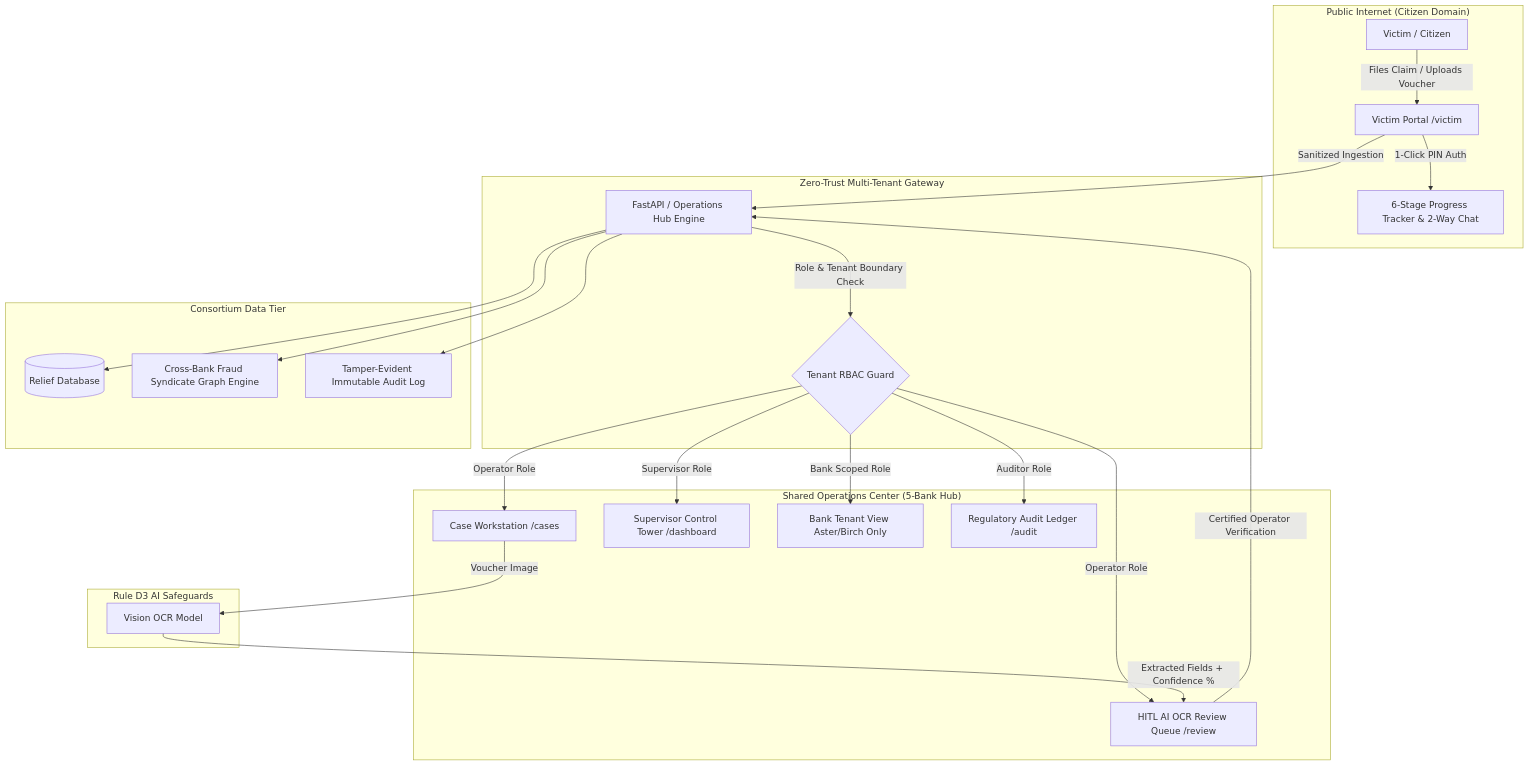
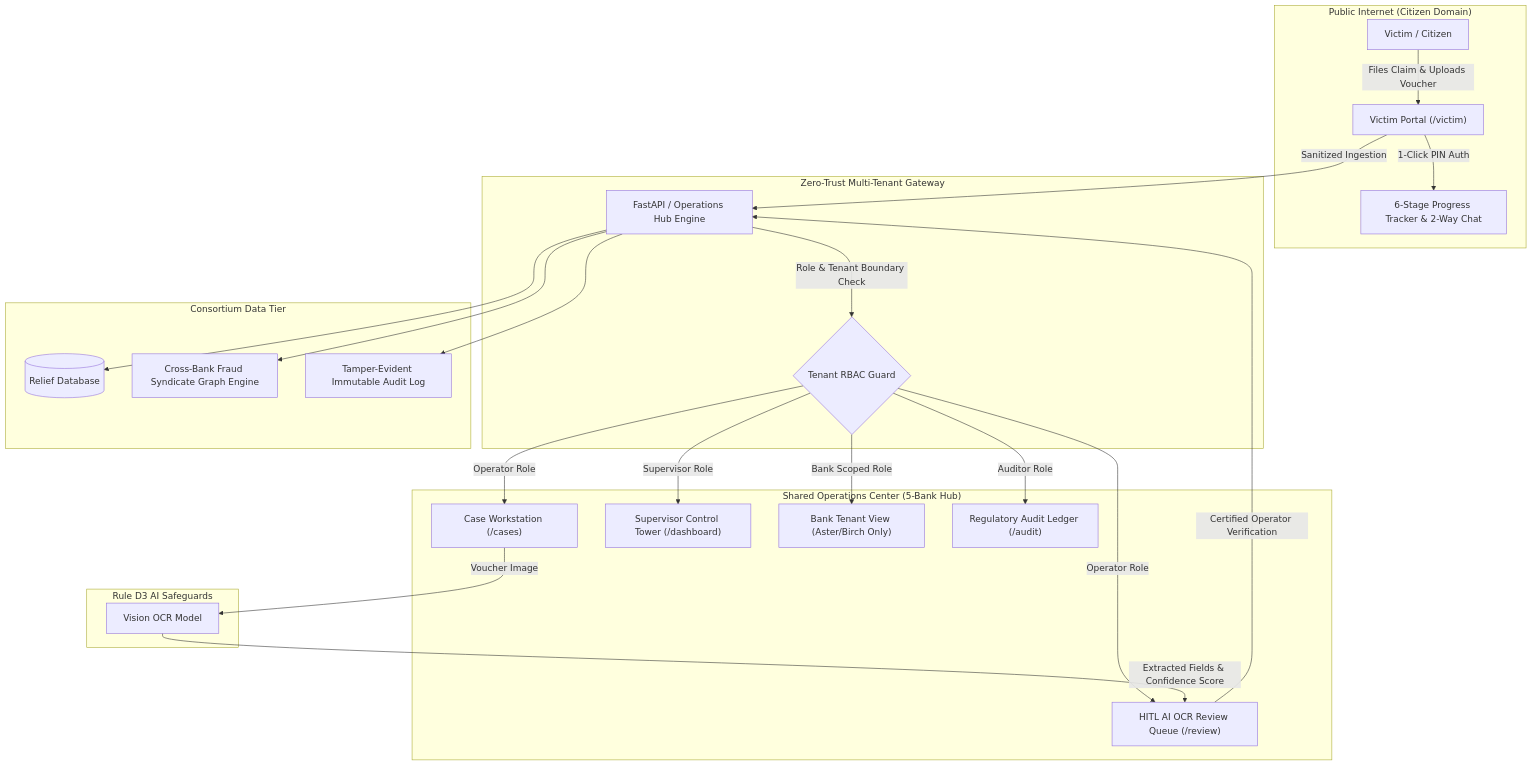
One commit to minuwu/ReliefOps changed the first of 7 diagrams in frontend/walkthrough/README.md. Above: the diagram before and after it, drawn with Mermaid. The commit also changed other lines of this file and 8 other files, not shown here.

Commit message:
fix(docs): sanitize mermaid diagrams for github rendering and remove release workflow

````diff
--- a/frontend/walkthrough/README.md
+++ b/frontend/walkthrough/README.md
@@ -61,32 +60,32 @@
 ```mermaid
 flowchart TD
     subgraph Citizens["Public Internet (Citizen Domain)"]
-        V[Victim / Citizen] -->|Files Claim / Uploads Voucher| VP[Victim Portal /victim]
-        VP -->|1-Click PIN Auth| VT[6-Stage Progress Tracker & 2-Way Chat]
+        V["Victim / Citizen"] -->|"Files Claim & Uploads Voucher"| VP["Victim Portal (/victim)"]
+        VP -->|"1-Click PIN Auth"| VT["6-Stage Progress Tracker & 2-Way Chat"]
     end
 
     subgraph Gateway["Zero-Trust Multi-Tenant Gateway"]
-        VP -->|Sanitized Ingestion| API[FastAPI / Operations Hub Engine]
-        API -->|Role & Tenant Boundary Check| RBAC{Tenant RBAC Guard}
+        VP -->|"Sanitized Ingestion"| API["FastAPI / Operations Hub Engine"]
+        API -->|"Role & Tenant Boundary Check"| RBAC{"Tenant RBAC Guard"}
     end
 
     subgraph InternalOps["Shared Operations Center (5-Bank Hub)"]
-        RBAC -->|Operator Role| CW[Case Workstation /cases]
-        RBAC -->|Operator Role| HITL[HITL AI OCR Review Queue /review]
-        RBAC -->|Supervisor Role| CT[Supervisor Control Tower /dashboard]
-        RBAC -->|Bank Scoped Role| BV[Bank Tenant View Aster/Birch Only]
-        RBAC -->|Auditor Role| AL[Regulatory Audit Ledger /audit]
+        RBAC -->|"Operator Role"| CW["Case Workstation (/cases)"]
+        RBAC -->|"Operator Role"| HITL["HITL AI OCR Review Queue (/review)"]
+        RBAC -->|"Supervisor Role"| CT["Supervisor Control Tower (/dashboard)"]
+        RBAC -->|"Bank Scoped Role"| BV["Bank Tenant View (Aster/Birch Only)"]
+        RBAC -->|"Auditor Role"| AL["Regulatory Audit Ledger (/audit)"]
     end
 
     subgraph AI_Engine["Rule D3 AI Safeguards"]
-        CW -->|Voucher Image| OCR[Vision OCR Model]
-        OCR -->|Extracted Fields + Confidence %| HITL
-        HITL -->|Certified Operator Verification| API
+        CW -->|"Voucher Image"| OCR["Vision OCR Model"]
+        OCR -->|"Extracted Fields & Confidence Score"| HITL
+        HITL -->|"Certified Operator Verification"| API
     end
 
     subgraph CoreLedger["Consortium Data Tier"]
-        API --> DB[(Relief Database)]
-        API --> RING[Cross-Bank Fraud Syndicate Graph Engine]
-        API --> AUDIT[Tamper-Evident Immutable Audit Log]
+        API --> DB[("Relief Database")]
+        API --> RING["Cross-Bank Fraud Syndicate Graph Engine"]
+        API --> AUDIT["Tamper-Evident Immutable Audit Log"]
     end
 ```
````
